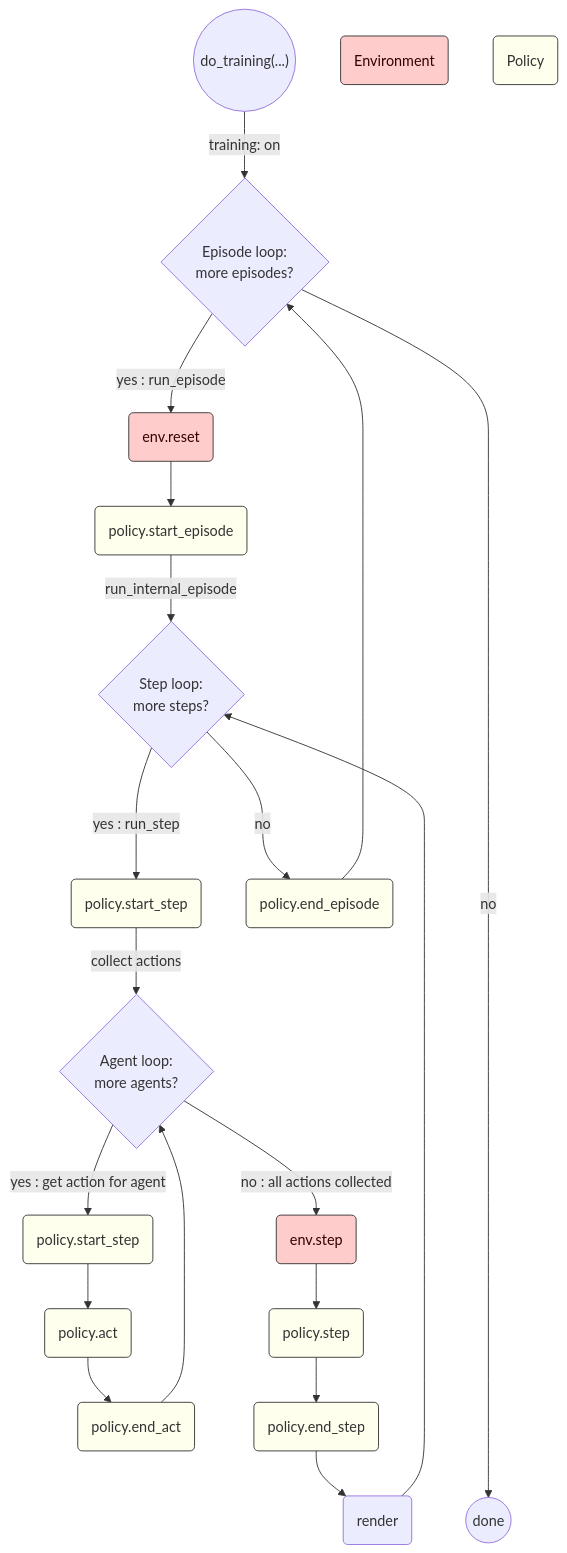
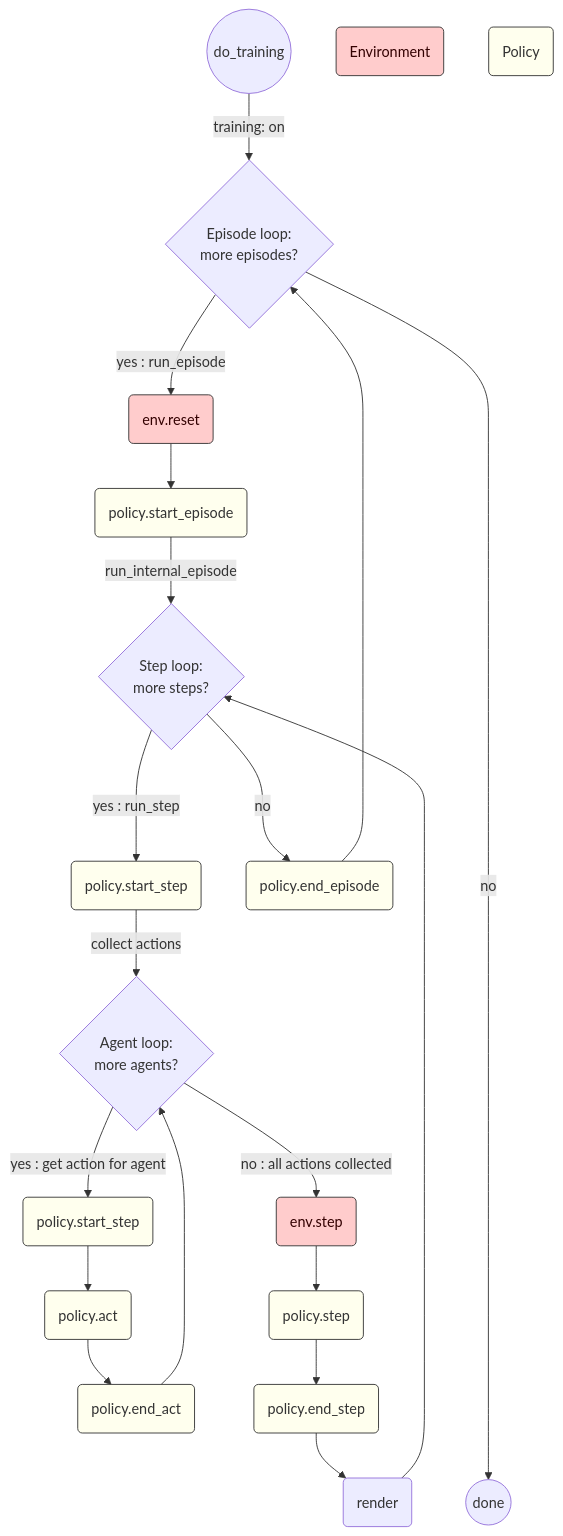
Before and after one commit to aiAdrian/flatland_solver_policy: the third of 3 diagrams in README.md, drawn with Mermaid.

````diff
--- a/README.md
+++ b/README.md
@@ -108,39 +108,39 @@
 ```mermaid
 flowchart TD
-    Solver(("do_training(...)"))
+    Solver((do_training))
     Solver --> |training: on| C{Episode loop:\n more episodes?}
     C -------------> |no| End(( done ))
     C --> |yes : run_episode| D0(env.reset)
     D0 --> D2(policy.start_episode)
     D2 --> |run_internal_episode| E{Step loop:\n more steps?}
     F1 --> |collect actions| G{Agent loop:\n more agents?}
     E ---> |yes : run_step| F1(policy.start_step)
     G -->  |yes : get action for agent| G1(policy.start_step)
     G1 --> G2(policy.act)
     G2 --> G3(policy.end_act)
     G3 --> G
     G --> |no : all actions collected|F2(env.step)
     F2 --> F3(policy.step)
     F3 --> F4(policy.end_step)
     F6 --> E 
     D4 --> C
     E ---> |no| D4(policy.end_episode)
     F4 --> F6(render)
     
     Env(Environment)
     Policy(Policy)
     
     style D2 fill:#ffe,stroke:#333,stroke-width:1px 
     style F1 fill:#ffe,stroke:#333,stroke-width:1px 
     style D4 fill:#ffe,stroke:#333,stroke-width:1px 
     style G1 fill:#ffe,stroke:#333,stroke-width:1px 
     style G2 fill:#ffe,stroke:#333,stroke-width:1px 
     style G3 fill:#ffe,stroke:#333,stroke-width:1px 
     style F3 fill:#ffe,stroke:#333,stroke-width:1px 
     style F4 fill:#ffe,stroke:#333,stroke-width:1px 
 
     style Policy fill:#ffe,stroke:#333,stroke-width:1px 
     style D0 fill:#fcc,stroke:#333,stroke-width:1px,color:#300
     style F2 fill:#fcc,stroke:#333,stroke-width:1px,color:#300
     style Env fill:#fcc,stroke:#333,stroke-width:1px,color:#300
 ```
````
